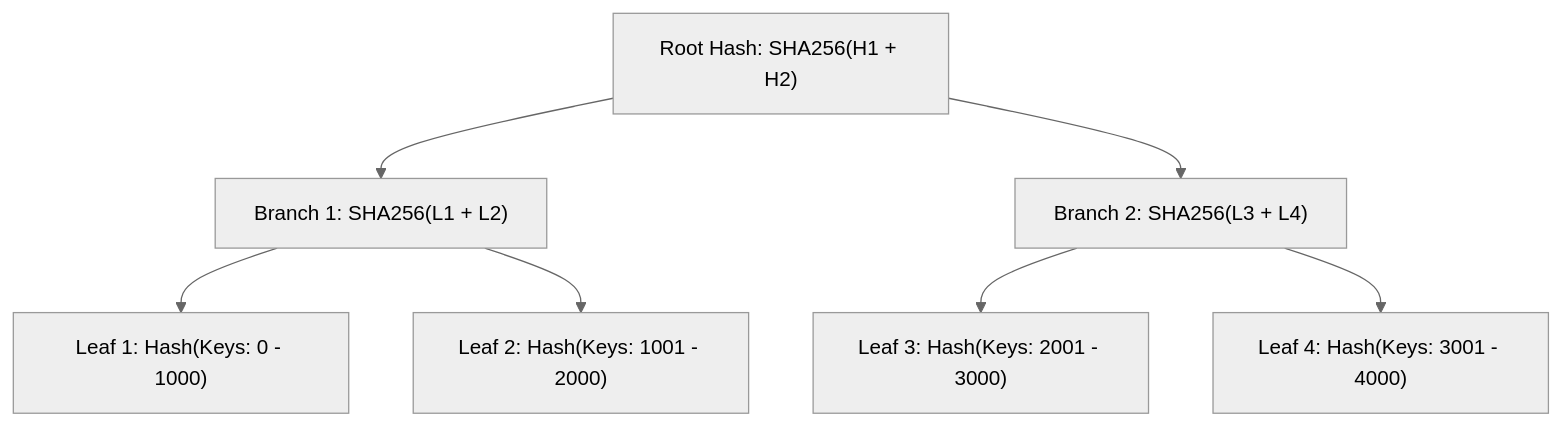
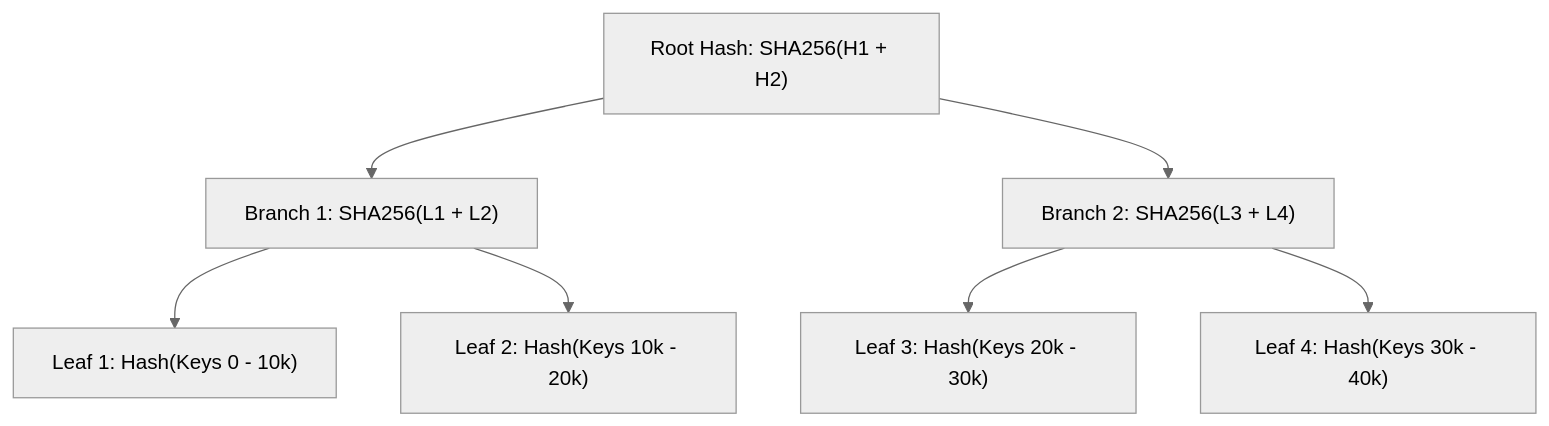
Before and after one commit to weaponxwolf/backend-engineering-mastry: the sixth of 6 diagrams in docs/system-design/distributed-kv-store.mdx, drawn with Mermaid (neutral theme). The commit also changed other lines of this file and 16 other files, not shown here.

````diff
--- a/docs/system-design/distributed-kv-store.mdx
+++ b/docs/system-design/distributed-kv-store.mdx
@@ -262,10 +305,10 @@
 ```mermaid
 graph TD
-    Root["Root Hash: SHA256(H1 + H2)"] --> Branch1["Branch 1: SHA256(L1 + L2)"]
-    Root --> Branch2["Branch 2: SHA256(L3 + L4)"]
+    Root["Root Hash: SHA256(H1 + H2)"] --> B1["Branch 1: SHA256(L1 + L2)"]
+    Root --> B2["Branch 2: SHA256(L3 + L4)"]
     
-    Branch1 --> Leaf1["Leaf 1: Hash(Keys: 0 - 1000)"]
-    Branch1 --> Leaf2["Leaf 2: Hash(Keys: 1001 - 2000)"]
-    Branch2 --> Leaf3["Leaf 3: Hash(Keys: 2001 - 3000)"]
-    Branch2 --> Leaf4["Leaf 4: Hash(Keys: 3001 - 4000)"]
+    B1 --> L1["Leaf 1: Hash(Keys 0 - 10k)"]
+    B1 --> L2["Leaf 2: Hash(Keys 10k - 20k)"]
+    B2 --> L3["Leaf 3: Hash(Keys 20k - 30k)"]
+    B2 --> L4["Leaf 4: Hash(Keys 30k - 40k)"]
 ```
````
